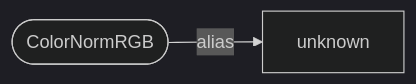
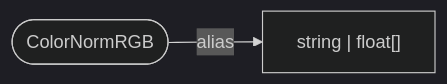
Before and after one commit to bedrock-v/protocol-docs: the diagram in schemas/types/ColorNormRGB.md, drawn with Mermaid (dark theme). The commit also changed 114 other files, not shown here.

````diff
--- a/schemas/types/ColorNormRGB.md
+++ b/schemas/types/ColorNormRGB.md
@@ -5,4 +5,4 @@
 ```mermaid
 flowchart LR
-  ROOT(["ColorNormRGB"]) -->|alias| unknown["unknown"]
+  ROOT(["ColorNormRGB"]) -->|alias| string___float["string | float[]"]
 ```
````
